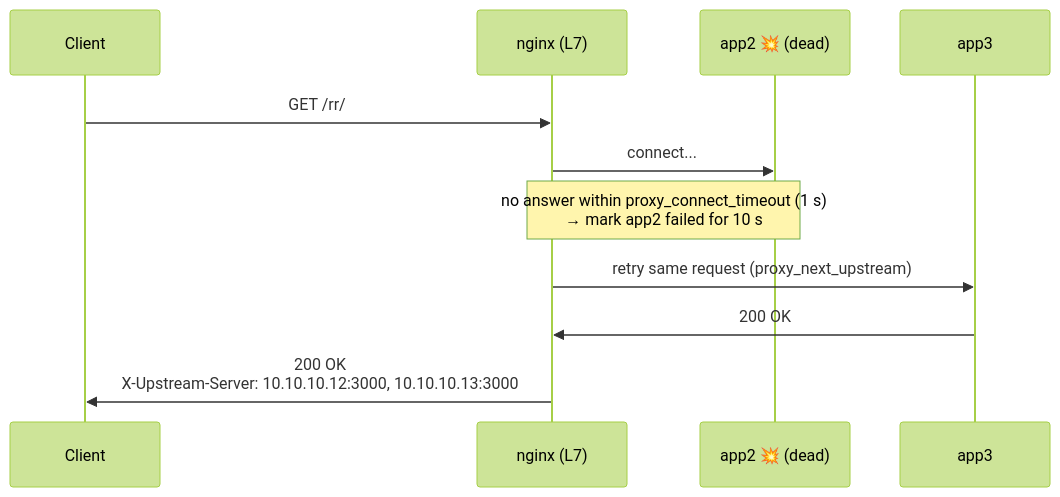
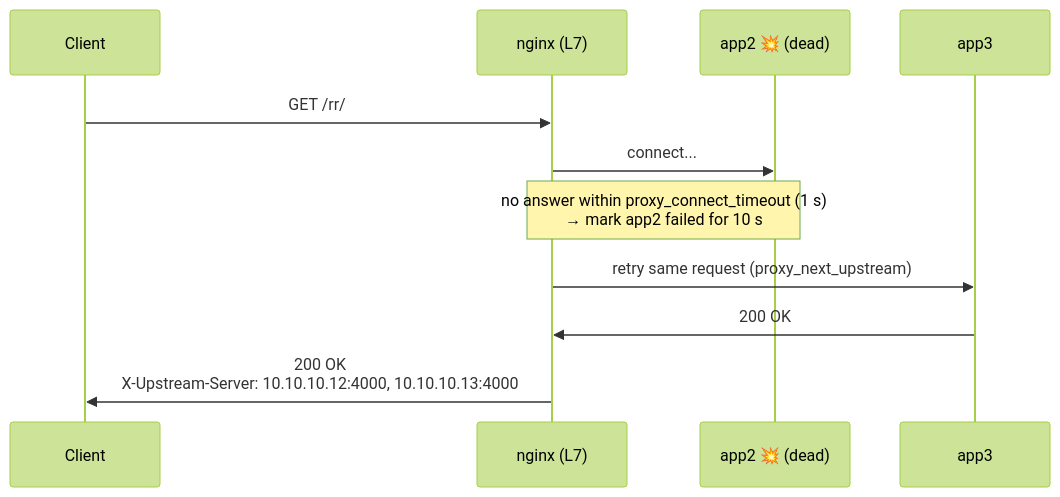
The seventh of 8 diagrams in README.md (mritunjayupadhyay/loadbalancer-l4-l7), drawn with Mermaid (forest theme) before and after one commit. The commit also changed other lines of this file and 9 other files, not shown here.

````diff
--- a/README.md
+++ b/README.md
@@ -294,13 +296,13 @@
 ```mermaid
 sequenceDiagram
     participant C as Client
     participant N as nginx (L7)
     participant A2 as app2 💥 (dead)
     participant A3 as app3
     C->>N: GET /rr/
     N->>A2: connect...
     Note over N,A2: no answer within proxy_connect_timeout (1 s)<br/>→ mark app2 failed for 10 s
     N->>A3: retry same request (proxy_next_upstream)
     A3->>N: 200 OK
-    N->>C: 200 OK<br/>X-Upstream-Server: 10.10.10.12:3000, 10.10.10.13:3000
+    N->>C: 200 OK<br/>X-Upstream-Server: 10.10.10.12:4000, 10.10.10.13:4000
 ```
````
